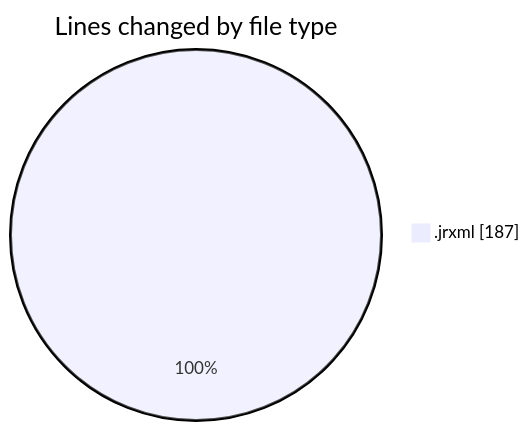
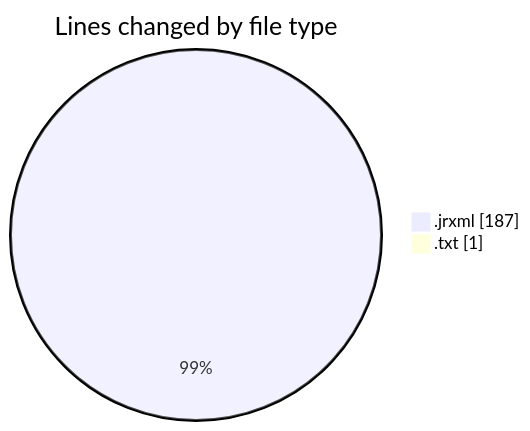
The first of 2 diagrams in 2026-11-12/cilreports__workspace_/README.md (ricardozamudiocil/code-tracking), drawn with Mermaid before and after one commit. The commit also changed other lines of this file and 1 other file, not shown here.

````diff
--- a/2026-11-12/cilreports__workspace_/README.md
+++ b/2026-11-12/cilreports__workspace_/README.md
@@ -20,5 +21,6 @@
 ```mermaid
 pie showData
 title Lines changed by file type
 ".jrxml" : 187
+".txt" : 1
 ```
````
